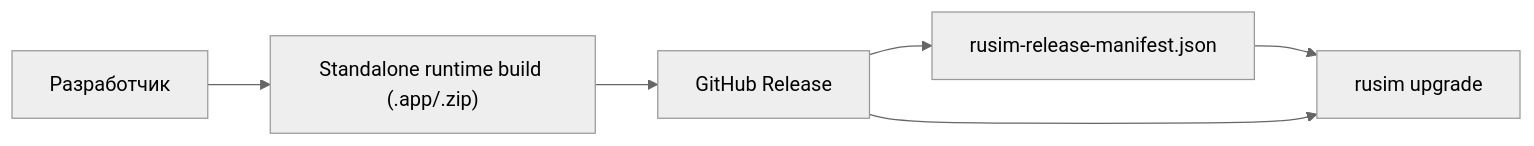
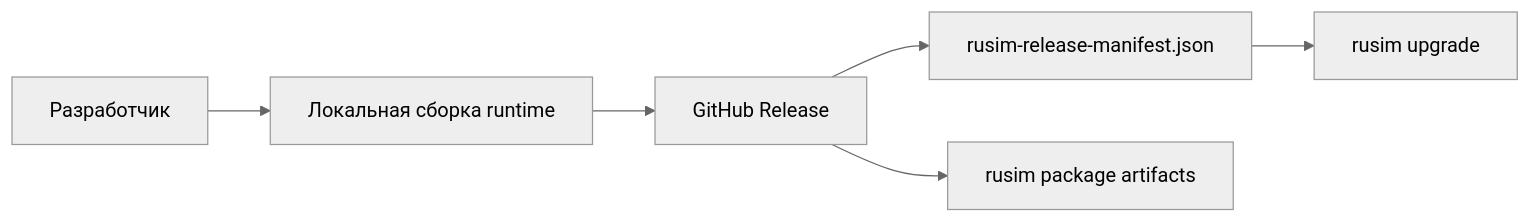
Before and after one commit to uav-simulator/uavsimulator: the diagram in docs/release-distribution-model.md, drawn with Mermaid (neutral theme). The commit also changed other lines of this file and 27 other files, not shown here.

````diff
--- a/docs/release-distribution-model.md
+++ b/docs/release-distribution-model.md
@@ -30,8 +22,8 @@
 ```mermaid
 flowchart LR
-    Dev["Разработчик"] --> Build["Standalone runtime build (.app/.zip)"]
+    Dev["Разработчик"] --> Build["Локальная сборка runtime"]
     Build --> Release["GitHub Release"]
     Release --> Manifest["rusim-release-manifest.json"]
+    Release --> Rusim["rusim package artifacts"]
     Manifest --> Client["rusim upgrade"]
-    Release --> Client
 ```
````
